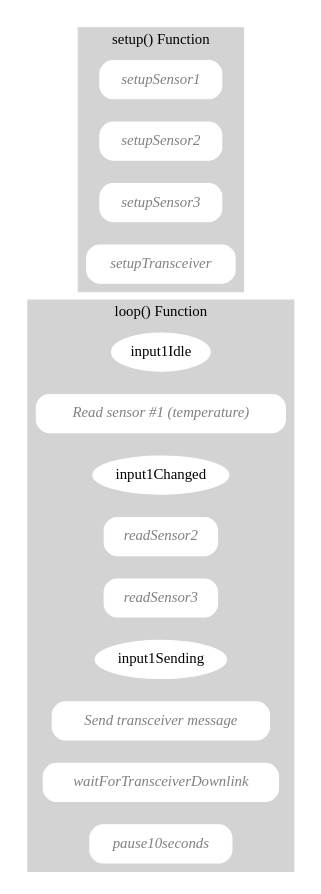
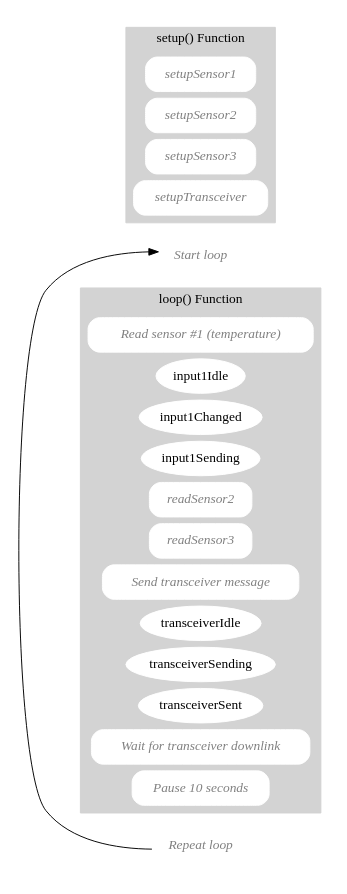
The diagram in arduino1.dot (lupyuen/unabiz-arduino), drawn with Graphviz before and after one commit.

```diff
--- a/arduino1.dot
+++ b/arduino1.dot
@@ -1,39 +1,57 @@
 digraph finite_state_machine {
 	compound = true;
-	// concentrate=true;
 	rankdir = LR;
-	ranksep="0";
-	nodesep="0.3";
+	ranksep="1";
+	nodesep="0.1";
 
 	size = "8,6";
 	ratio = fill;	
 
 	node [shape=box,style="rounded,filled",color=white,fontname="Times-Italic",fontcolor="Grey"];
 	style = filled;
 	color = lightgrey;
 
 	edge [fontsize = 10];
 
+	subgraph cluster_loopend {
+        style = invis;
+        loopEnd [label="Repeat loop"]
+    }
+
 	subgraph cluster_loop {
 		label = "loop() Function";
+		readSensor1 [label="Read sensor #1 (temperature)"];
+                
         input1Idle [shape=ellipse,fontname="Times",fontcolor="Black"]
-		readSensor1 [label="Read sensor #1 (temperature)"];
         input1Changed [shape=ellipse,fontname="Times",fontcolor="Black"]
+        input1Sending [shape=ellipse,fontname="Times",fontcolor="Black"]
+
 		readSensor2;
 		readSensor3;
 
-        input1Sending [shape=ellipse,fontname="Times",fontcolor="Black"]
         sendTransceiverMessage [label="Send transceiver message"];
-        waitForTransceiverDownlink;
-        pause10seconds;
-	}
+
+        transceiverIdle [shape=ellipse,fontname="Times",fontcolor="Black"]
+        transceiverSending [shape=ellipse,fontname="Times",fontcolor="Black"]
+        transceiverSent [shape=ellipse,fontname="Times",fontcolor="Black"]
+
+        waitForTransceiverDownlink [label="Wait for transceiver downlink"];
+        pause10seconds [label="Pause 10 seconds"];
+	}    
+
+	subgraph cluster_loopbegin {
+        style = invis;
+        loopBegin [label="Start loop"]
+    }
 
 	subgraph cluster_setup {
 		label = "setup() Function";
 		setupSensor1;
 		setupSensor2;
 		setupSensor3;
         setupTransceiver;
 	}
 
+    loopEnd -> loopBegin [constraint=false];
+
 }
```
